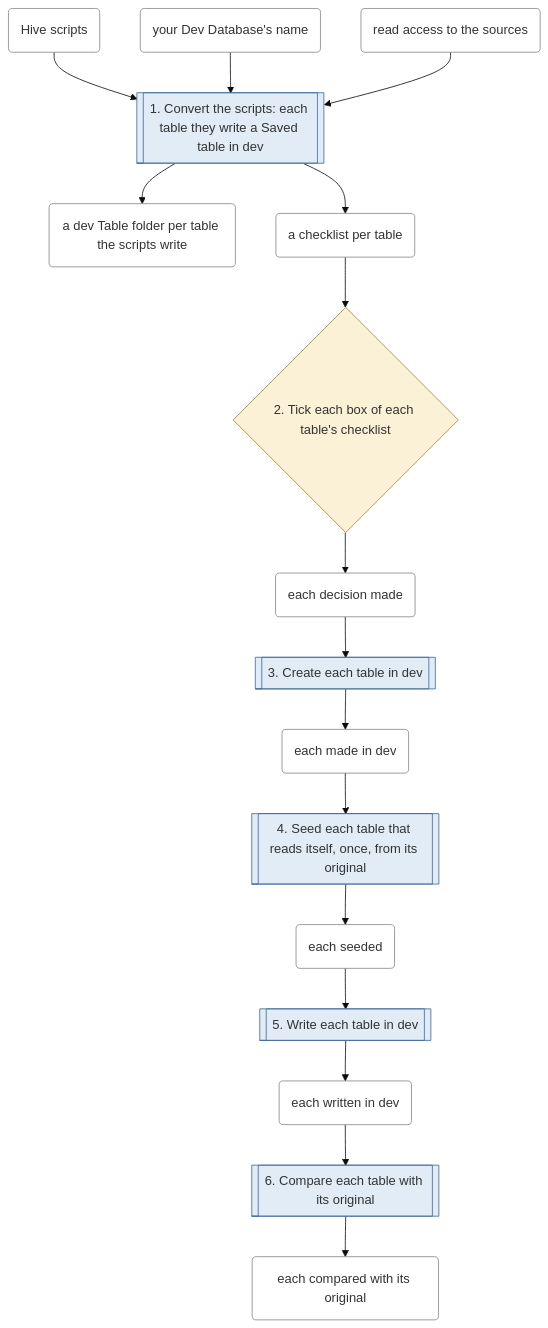
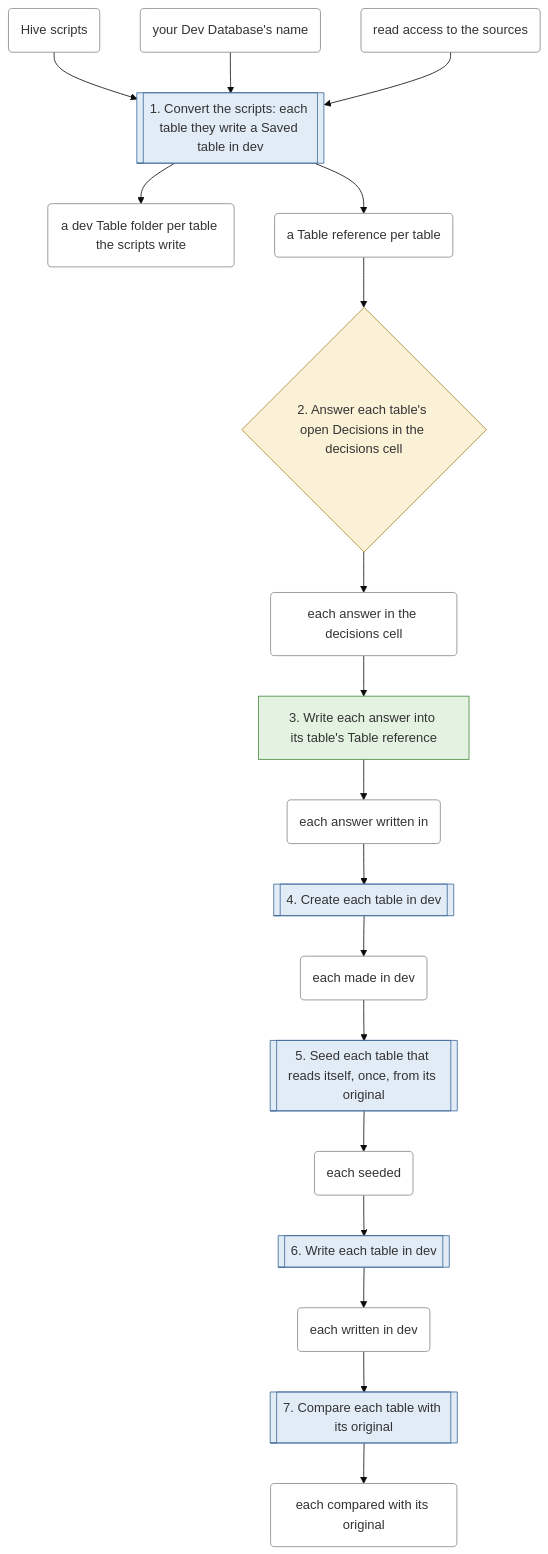
One commit to EdgyPage/SQL-Composer changed the second of 8 diagrams in docs/clean-branch-readme.md. Above: the diagram before and after it, drawn with Mermaid (base theme). The commit also changed other lines of this file and 43 other files, not shown here.

````diff
--- a/docs/clean-branch-readme.md
+++ b/docs/clean-branch-readme.md
@@ -408,37 +409,42 @@
 ```mermaid
 flowchart TD
     s0[["1. Convert the scripts: each table they write a Saved table in dev"]]:::warehouse_call
-    s1{"2. Tick each box of each table's checklist"}:::your_decision
-    s2[["3. Create each table in dev"]]:::warehouse_call
-    s3[["4. Seed each table that reads itself, once, from its original"]]:::warehouse_call
-    s4[["5. Write each table in dev"]]:::warehouse_call
-    s5[["6. Compare each table with its original"]]:::warehouse_call
+    s1{"2. Answer each table's open Decisions in the decisions cell"}:::your_decision
+    s2["3. Write each answer into its table's Table reference"]:::files_only
+    s3[["4. Create each table in dev"]]:::warehouse_call
+    s4[["5. Seed each table that reads itself, once, from its original"]]:::warehouse_call
+    s5[["6. Write each table in dev"]]:::warehouse_call
+    s6[["7. Compare each table with its original"]]:::warehouse_call
     t0("Hive scripts"):::thing
     t1("your Dev Database's name"):::thing
     t2("read access to the sources"):::thing
     t3("a dev Table folder per table the scripts write"):::thing
-    t4("a checklist per table"):::thing
-    t5("each decision made"):::thing
-    t6("each made in dev"):::thing
-    t7("each seeded"):::thing
-    t8("each written in dev"):::thing
-    t9("each compared with its original"):::thing
+    t4("a Table reference per table"):::thing
+    t5("each answer in the decisions cell"):::thing
+    t6("each answer written in"):::thing
+    t7("each made in dev"):::thing
+    t8("each seeded"):::thing
+    t9("each written in dev"):::thing
+    t10("each compared with its original"):::thing
     t0 --> s0
     t1 --> s0
     t2 --> s0
     s0 --> t3
     s0 --> t4
     t4 --> s1
     s1 --> t5
     t5 --> s2
     s2 --> t6
     t6 --> s3
     s3 --> t7
     t7 --> s4
     s4 --> t8
     t8 --> s5
     s5 --> t9
+    t9 --> s6
+    s6 --> t10
+    classDef files_only fill:#e3f2e1,stroke:#4a8a3f
     classDef warehouse_call fill:#e1ecf7,stroke:#3f6a9a
     classDef your_decision fill:#fbf1d6,stroke:#a8842a
     classDef thing fill:#ffffff,stroke:#888888
 ```
````
